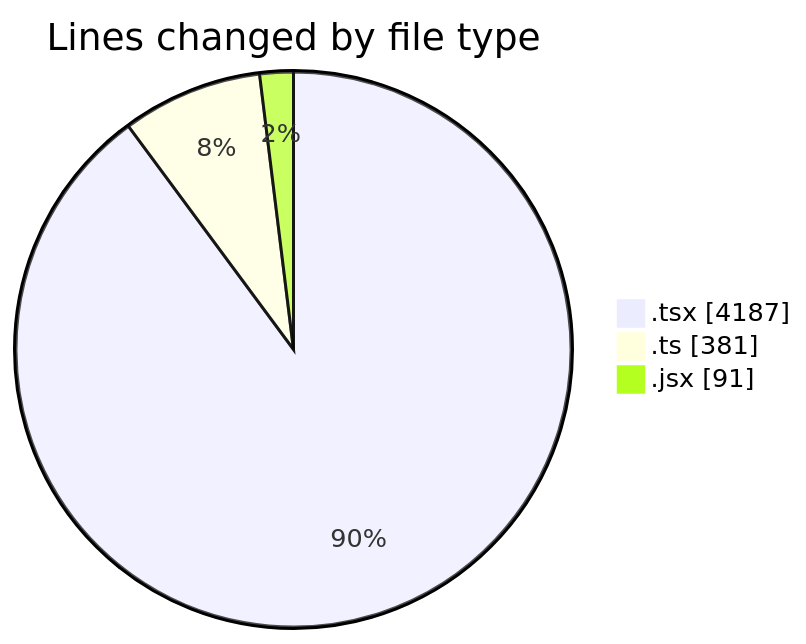
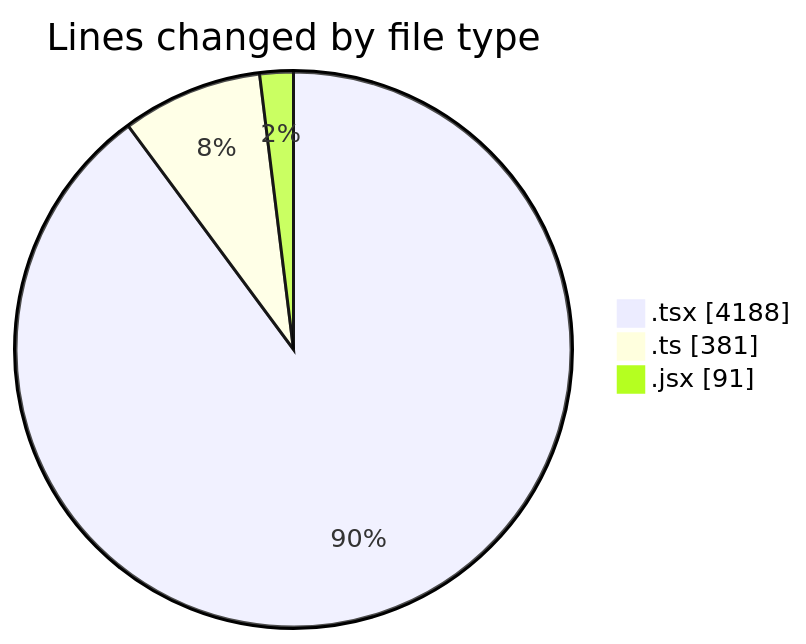
The first of 2 diagrams in 2026-04-27/cda/README.md (momahboobian/code-tracking), drawn with Mermaid before and after one commit. The commit also changed other lines of this file and 1 other file, not shown here.

````diff
--- a/2026-04-27/cda/README.md
+++ b/2026-04-27/cda/README.md
@@ -38,7 +38,7 @@
 ```mermaid
 pie showData
 title Lines changed by file type
-".tsx" : 4187
+".tsx" : 4188
 ".ts" : 381
 ".jsx" : 91
 ```
````
